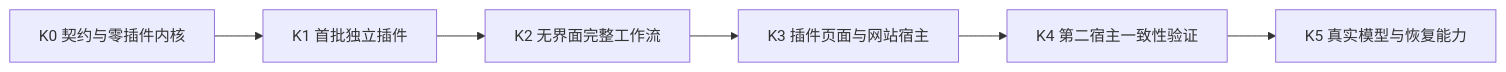
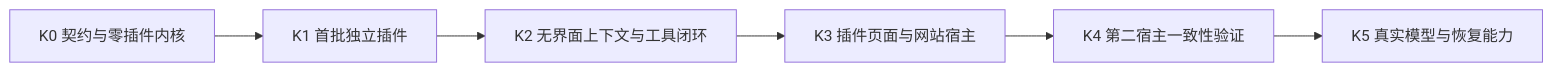
One commit to OttoBlues/editor changed the diagram in docs/architecture/implementation-plan.md. Above: the diagram before and after it, drawn with Mermaid. The commit also changed other lines of this file and 7 other files, not shown here.

````diff
--- a/docs/architecture/implementation-plan.md
+++ b/docs/architecture/implementation-plan.md
@@ -7,8 +7,8 @@
 ```mermaid
 flowchart LR
   K0[K0 契约与零插件内核] --> K1[K1 首批独立插件]
-  K1 --> K2[K2 无界面完整工作流]
+  K1 --> K2[K2 无界面上下文与工具闭环]
   K2 --> K3[K3 插件页面与网站宿主]
   K3 --> K4[K4 第二宿主一致性验证]
   K4 --> K5[K5 真实模型与恢复能力]
 ```
````
